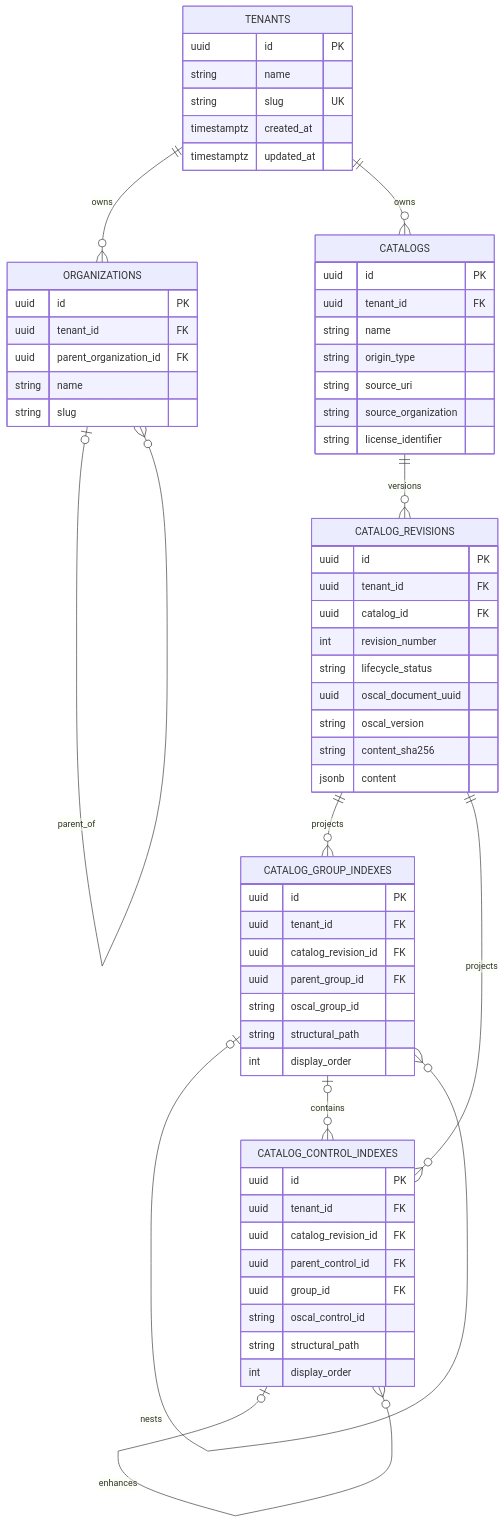
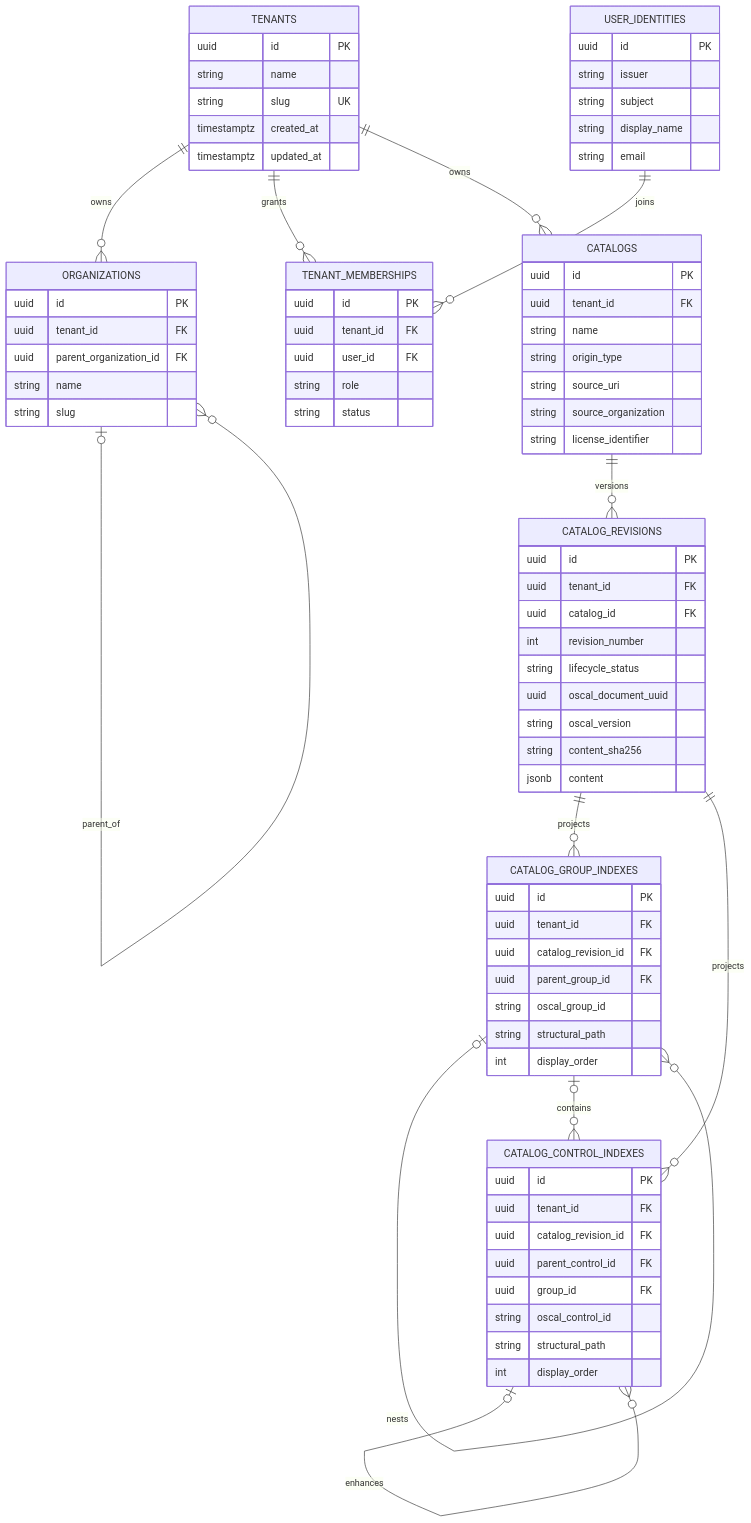
The diagram in docs/architecture/domain-model.md (litfoy/collaborative-oscal), drawn with Mermaid before and after one commit. The commit also changed other lines of this file and 33 other files, not shown here.

````diff
--- a/docs/architecture/domain-model.md
+++ b/docs/architecture/domain-model.md
@@ -30,66 +35,82 @@
 ```mermaid
 erDiagram
     TENANTS ||--o{ ORGANIZATIONS : owns
+    TENANTS ||--o{ TENANT_MEMBERSHIPS : grants
+    USER_IDENTITIES ||--o{ TENANT_MEMBERSHIPS : joins
     ORGANIZATIONS o|--o{ ORGANIZATIONS : parent_of
     TENANTS ||--o{ CATALOGS : owns
     CATALOGS ||--o{ CATALOG_REVISIONS : versions
     CATALOG_REVISIONS ||--o{ CATALOG_GROUP_INDEXES : projects
     CATALOG_GROUP_INDEXES o|--o{ CATALOG_GROUP_INDEXES : nests
     CATALOG_REVISIONS ||--o{ CATALOG_CONTROL_INDEXES : projects
     CATALOG_CONTROL_INDEXES o|--o{ CATALOG_CONTROL_INDEXES : enhances
     CATALOG_GROUP_INDEXES o|--o{ CATALOG_CONTROL_INDEXES : contains
 
     TENANTS {
         uuid id PK
         string name
         string slug UK
         timestamptz created_at
         timestamptz updated_at
+    }
+    USER_IDENTITIES {
+        uuid id PK
+        string issuer
+        string subject
+        string display_name
+        string email
+    }
+    TENANT_MEMBERSHIPS {
+        uuid id PK
+        uuid tenant_id FK
+        uuid user_id FK
+        string role
+        string status
     }
     ORGANIZATIONS {
         uuid id PK
         uuid tenant_id FK
         uuid parent_organization_id FK
         string name
         string slug
     }
     CATALOGS {
         uuid id PK
         uuid tenant_id FK
         string name
         string origin_type
         string source_uri
         string source_organization
         string license_identifier
     }
     CATALOG_REVISIONS {
         uuid id PK
         uuid tenant_id FK
         uuid catalog_id FK
         int revision_number
         string lifecycle_status
         uuid oscal_document_uuid
         string oscal_version
         string content_sha256
         jsonb content
     }
     CATALOG_GROUP_INDEXES {
         uuid id PK
         uuid tenant_id FK
         uuid catalog_revision_id FK
         uuid parent_group_id FK
         string oscal_group_id
         string structural_path
         int display_order
     }
     CATALOG_CONTROL_INDEXES {
         uuid id PK
         uuid tenant_id FK
         uuid catalog_revision_id FK
         uuid parent_control_id FK
         uuid group_id FK
         string oscal_control_id
         string structural_path
         int display_order
     }
 ```
````
